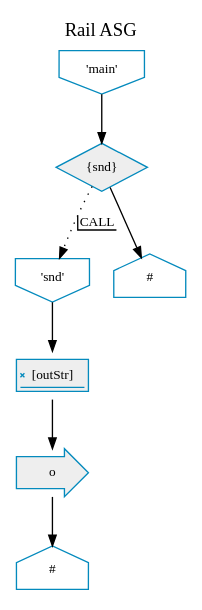
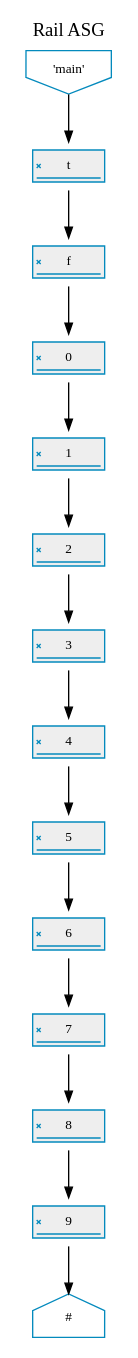
One commit to ccebinger/SWPSoSe14 changed the diagram in projekt-compiler/io/graphviz.dot. Above: the diagram before and after it, drawn with Graphviz. The commit also changed 5 other files, not shown here.

```diff
--- a/projekt-compiler/io/graphviz.dot
+++ b/projekt-compiler/io/graphviz.dot
@@ -1,21 +1,35 @@
 digraph G {
 	node [shape="circle",fontname=Courir,fontsize=10,style=filled,penwidth=1,fillcolor="#EEEEEE",color="#048ABD"]
 	edge [color="#000000", arrowsize="0.8", fontsize=10, decorate=true]
 	labelloc="t";
 	label="Rail ASG";
 	rankdir="TL";
 
 	func_main [shape="invhouse",fillcolor="none",label="'main'"]
 	func_main -> 1
-	1 [label="{snd}",shape=diamond]
-	1 -> func_snd [label="CALL",style=dotted]
+	1 [label="t",shape=signature]
 	1 -> 2
-	2 [label="#",shape=house,fillcolor=none]
-	func_snd [shape="invhouse",fillcolor="none",label="'snd'"]
-	func_snd -> 3
-	3 [label="[outStr]",shape=signature]
+	2 [label="f",shape=signature]
+	2 -> 3
+	3 [label="0",shape=signature]
 	3 -> 4
-	4 [label="o",shape=rarrow]
+	4 [label="1",shape=signature]
 	4 -> 5
-	5 [label="#",shape=house,fillcolor=none]
+	5 [label="2",shape=signature]
+	5 -> 6
+	6 [label="3",shape=signature]
+	6 -> 7
+	7 [label="4",shape=signature]
+	7 -> 8
+	8 [label="5",shape=signature]
+	8 -> 9
+	9 [label="6",shape=signature]
+	9 -> 10
+	10 [label="7",shape=signature]
+	10 -> 11
+	11 [label="8",shape=signature]
+	11 -> 12
+	12 [label="9",shape=signature]
+	12 -> 13
+	13 [label="#",shape=house,fillcolor=none]
 }
```
